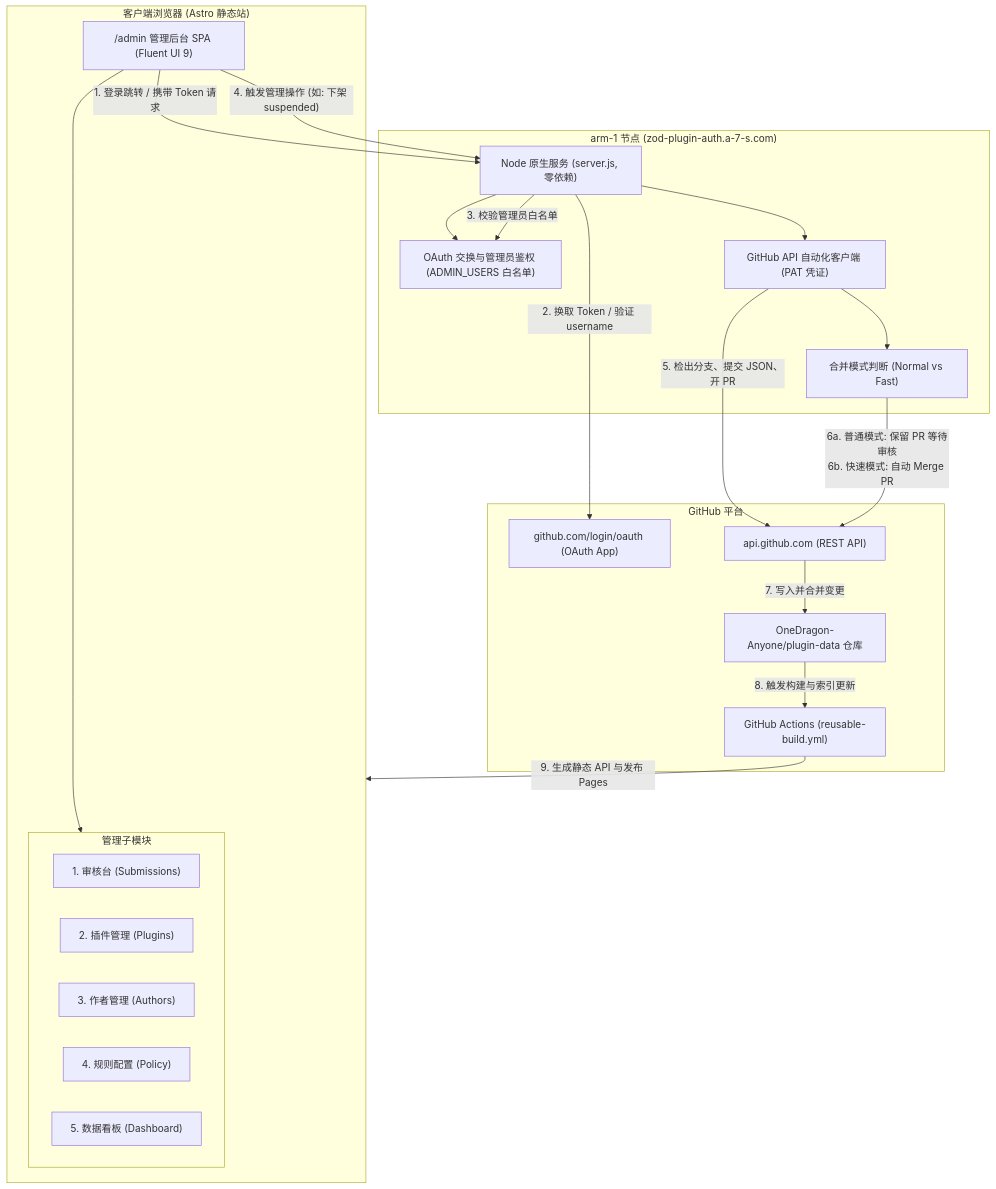
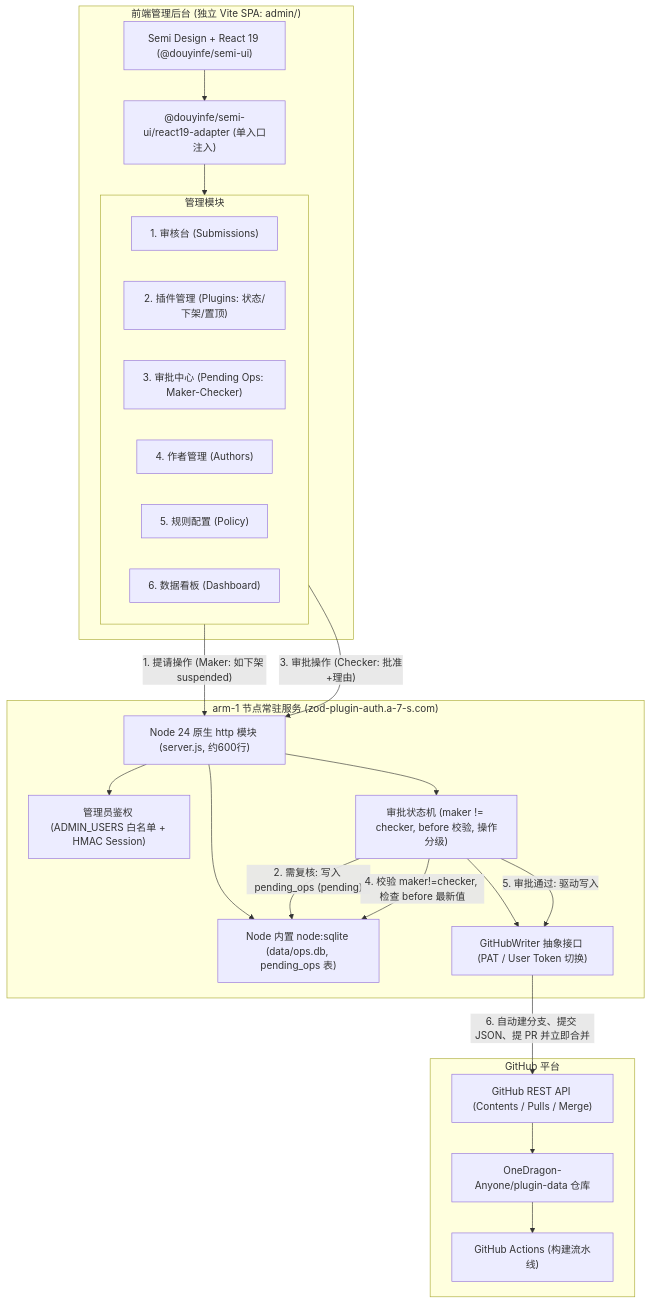
One commit to OneDragon-Anyone/plugin-market changed the diagram in docs/design/Z0D-9/design.md. Above: the diagram before and after it, drawn with Mermaid. The commit also changed other lines of this file and 1 other file, not shown here.

Commit message:
docs(design): update architecture with self-hosted maker-checker, node:sqlite, and standalone Vite SPA (Z0D-3, Z0D-9)

````diff
--- a/docs/design/Z0D-9/design.md
+++ b/docs/design/Z0D-9/design.md
@@ -62,41 +69,45 @@
 ```mermaid
 flowchart TD
-    subgraph Client ["客户端浏览器 (Astro 静态站)"]
-        AdminUI["/admin 管理后台 SPA (Fluent UI 9)"]
-        subgraph Tabs ["管理子模块"]
-            T1["1. 审核台 (Submissions)"]
-            T2["2. 插件管理 (Plugins)"]
-            T3["3. 作者管理 (Authors)"]
-            T4["4. 规则配置 (Policy)"]
-            T5["5. 数据看板 (Dashboard)"]
+    subgraph Client ["前端管理后台 (独立 Vite SPA: admin/)"]
+        SemiUI["Semi Design + React 19 (@douyinfe/semi-ui)"]
+        Adapter["@douyinfe/semi-ui/react19-adapter (单入口注入)"]
+        subgraph Panels ["管理模块"]
+            P1["1. 审核台 (Submissions)"]
+            P2["2. 插件管理 (Plugins: 状态/下架/置顶)"]
+            P3["3. 审批中心 (Pending Ops: Maker-Checker)"]
+            P4["4. 作者管理 (Authors)"]
+            P5["5. 规则配置 (Policy)"]
+            P6["6. 数据看板 (Dashboard)"]
         end
-        AdminUI --> Tabs
+        SemiUI --> Adapter
+        Adapter --> Panels
     end
 
-    subgraph Server ["arm-1 节点 (zod-plugin-auth.a-7-s.com)"]
-        Bridge["Node 原生服务 (server.js, 零依赖)"]
-        AuthMid["OAuth 交换与管理员鉴权 (ADMIN_USERS 白名单)"]
-        GitClient["GitHub API 自动化客户端 (PAT 凭证)"]
-        ModeSwitch["合并模式判断 (Normal vs Fast)"]
-        Bridge --> AuthMid
-        Bridge --> GitClient
-        GitClient --> ModeSwitch
+    subgraph Backend ["arm-1 节点常驻服务 (zod-plugin-auth.a-7-s.com)"]
+        HttpServer["Node 24 原生 http 模块 (server.js, 约600行)"]
+        AuthMid["管理员鉴权 (ADMIN_USERS 白名单 + HMAC Session)"]
+        SqliteDB["Node 内置 node:sqlite (data/ops.db, pending_ops 表)"]
+        MakerChecker["审批状态机 (maker != checker, before 校验, 操作分级)"]
+        WriterInterface["GitHubWriter 抽象接口 (PAT / User Token 切换)"]
+
+        HttpServer --> AuthMid
+        HttpServer --> SqliteDB
+        HttpServer --> MakerChecker
+        MakerChecker --> WriterInterface
     end
 
     subgraph GitHub ["GitHub 平台"]
-        GHAuth["github.com/login/oauth (OAuth App)"]
-        GHApi["api.github.com (REST API)"]
         DataRepo["OneDragon-Anyone/plugin-data 仓库"]
-        Actions["GitHub Actions (reusable-build.yml)"]
+        GHRest["GitHub REST API (Contents / Pulls / Merge)"]
+        Actions["GitHub Actions (构建流水线)"]
     end
 
-    AdminUI -- "1. 登录跳转 / 携带 Token 请求" --> Bridge
-    Bridge -- "2. 换取 Token / 验证 username" --> GHAuth
-    Bridge -- "3. 校验管理员白名单" --> AuthMid
-    AdminUI -- "4. 触发管理操作 (如: 下架 suspended)" --> Bridge
-    GitClient -- "5. 检出分支、提交 JSON、开 PR" --> GHApi
-    ModeSwitch -- "6a. 普通模式: 保留 PR 等待审核\n6b. 快速模式: 自动 Merge PR" --> GHApi
-    GHApi -- "7. 写入并合并变更" --> DataRepo
-    DataRepo -- "8. 触发构建与索引更新" --> Actions
-    Actions -- "9. 生成静态 API 与发布 Pages" --> Client
+    Panels -- "1. 提请操作 (Maker: 如下架 suspended)" --> HttpServer
+    MakerChecker -- "2. 需复核: 写入 pending_ops (pending)" --> SqliteDB
+    Panels -- "3. 审批操作 (Checker: 批准+理由)" --> HttpServer
+    MakerChecker -- "4. 校验 maker!=checker, 检查 before 最新值" --> SqliteDB
+    MakerChecker -- "5. 审批通过: 驱动写入" --> WriterInterface
+    WriterInterface -- "6. 自动建分支、提交 JSON、提 PR 并立即合并" --> GHRest
+    GHRest --> DataRepo
+    DataRepo --> Actions
 ```
````
